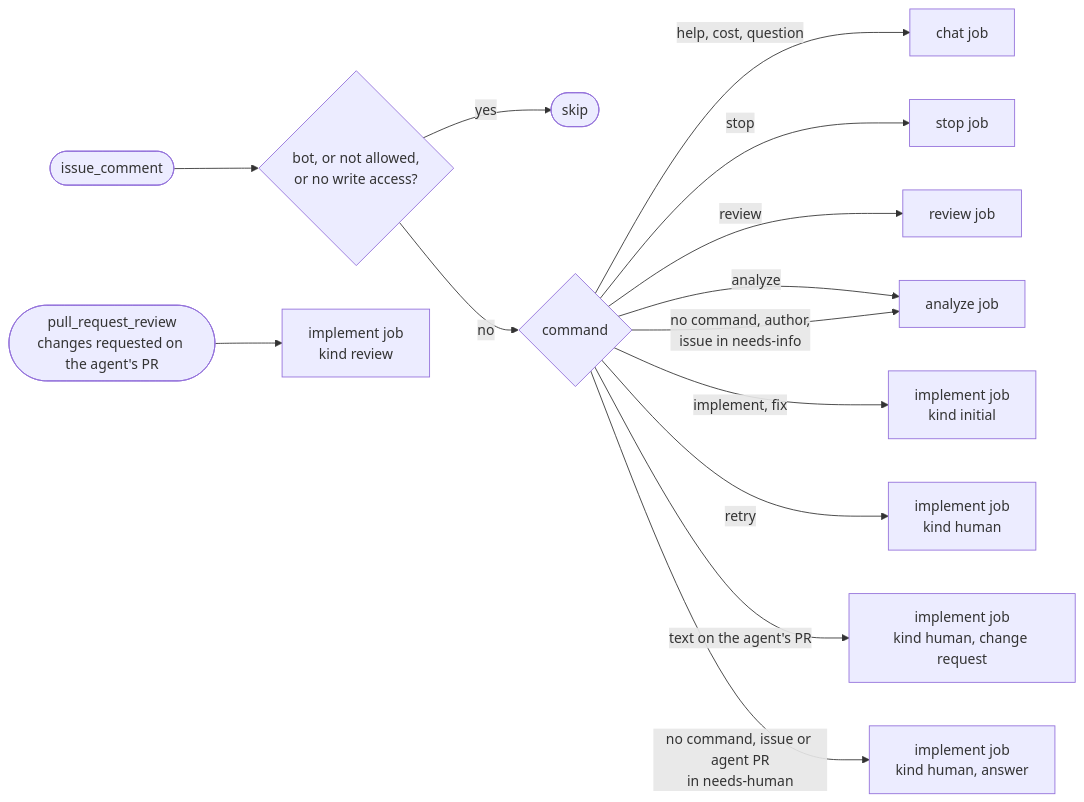
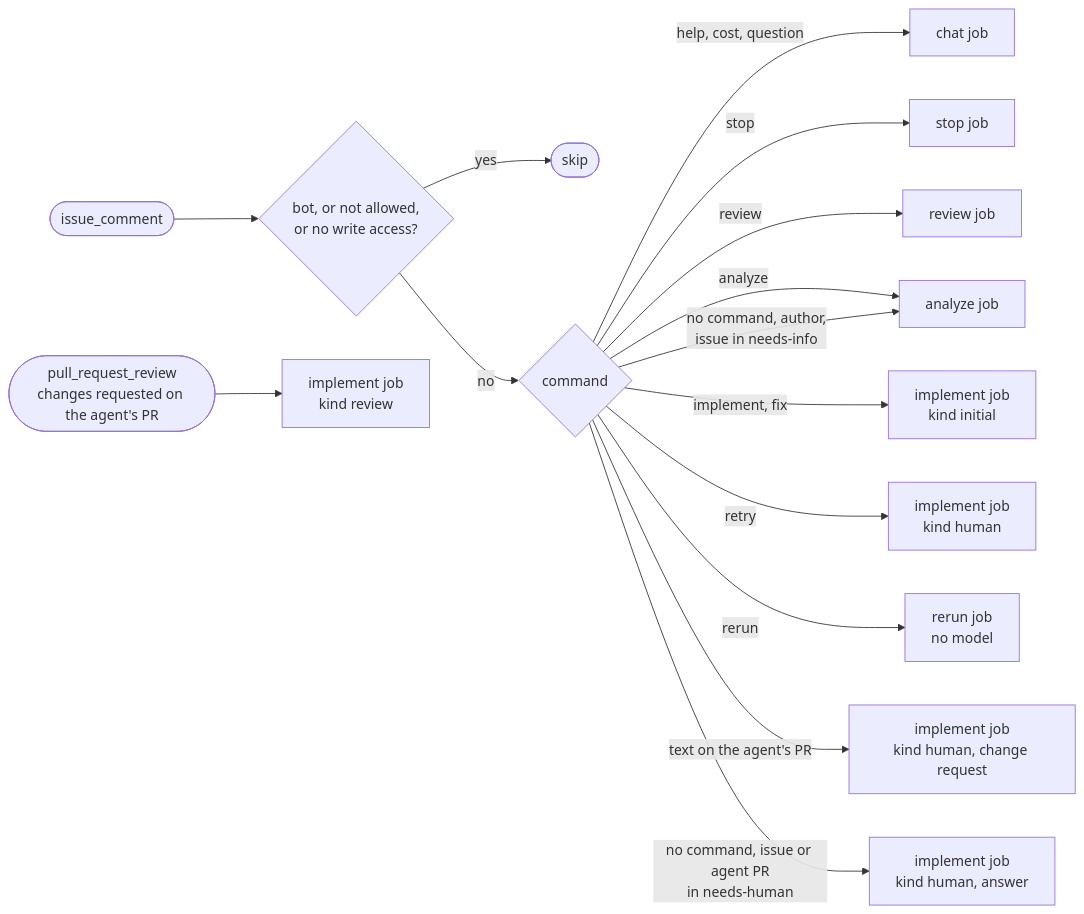
The eighth of 10 diagrams in docs/internal/autonomous-agent/architecture.md (Netcracker/qubership-apihub), drawn with Mermaid before and after one commit. The commit also changed other lines of this file and 20 other files, not shown here.

````diff
--- a/docs/internal/autonomous-agent/architecture.md
+++ b/docs/internal/autonomous-agent/architecture.md
@@ -394,16 +408,17 @@
 ```mermaid
 flowchart LR
   C(["issue_comment"]) --> F{"bot, or not allowed,<br/>or no write access?"}
   F -- yes --> S(["skip"])
   F -- no --> P{"command"}
   P -- "help, cost, question" --> CHAT["chat job"]
   P -- "stop" --> STOP["stop job"]
   P -- "review" --> REV["review job"]
   P -- "analyze" --> AN["analyze job"]
   P -- "implement, fix" --> IM["implement job<br/>kind initial"]
   P -- "retry" --> IH["implement job<br/>kind human"]
+  P -- "rerun" --> RR["rerun job<br/>no model"]
   P -- "text on the agent's PR" --> IC["implement job<br/>kind human, change request"]
   P -- "no command, issue or agent PR<br/>in needs-human" --> IA["implement job<br/>kind human, answer"]
   P -- "no command, author,<br/>issue in needs-info" --> AN
   RV(["pull_request_review<br/>changes requested on the agent's PR"]) --> IR["implement job<br/>kind review"]
 ```
````
